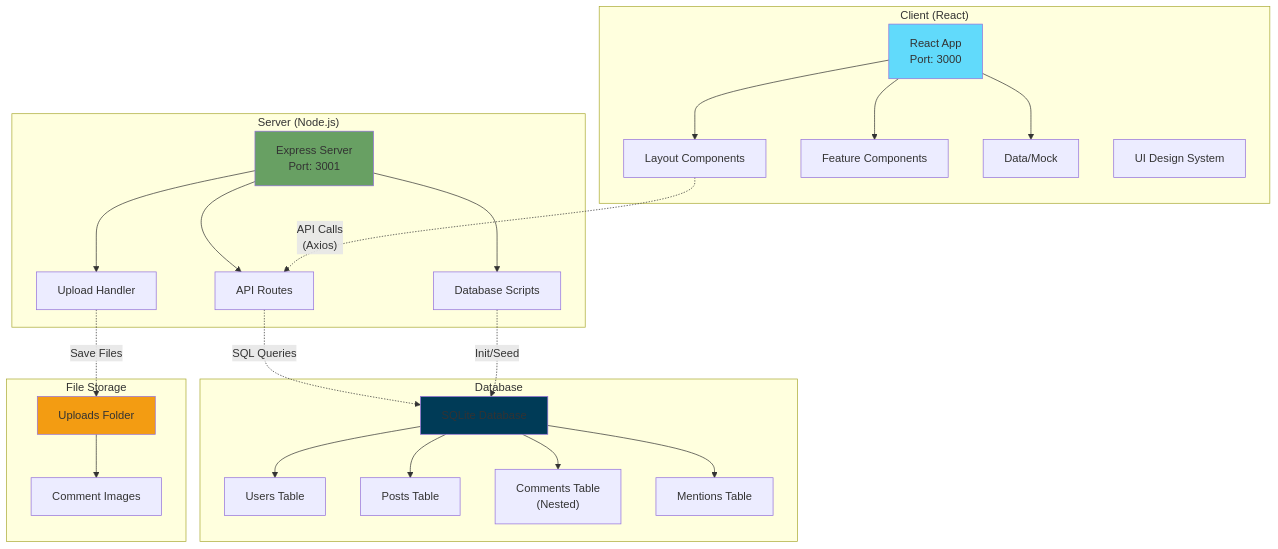
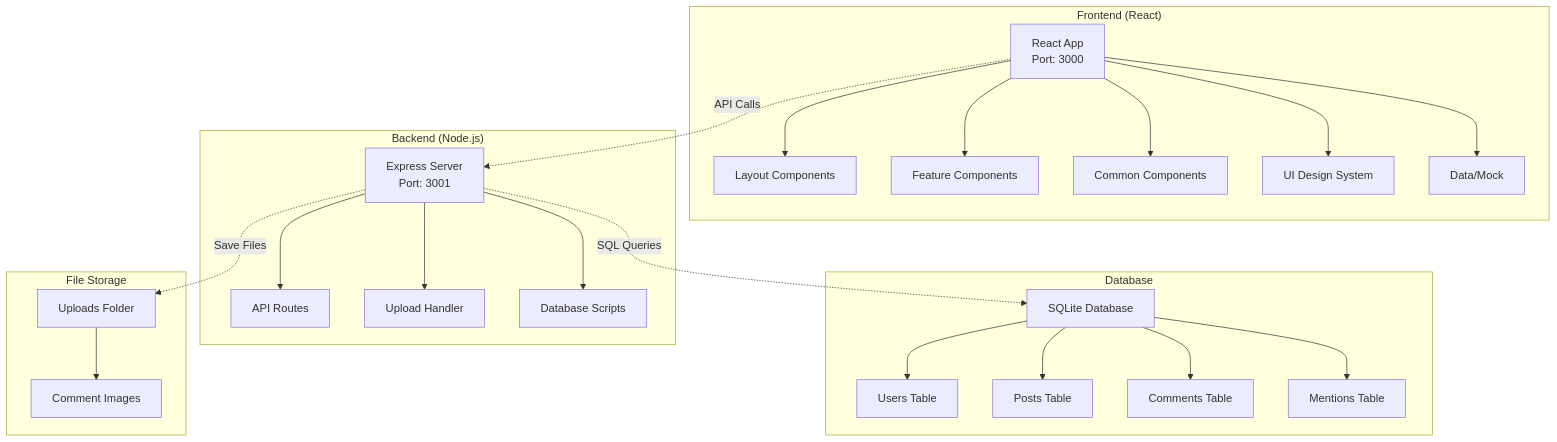
The diagram in README.md (zcamb1/S-Connect), drawn with Mermaid before and after one commit. The commit also changed other lines of this file, not shown here.

Commit message:
Fix README formatting issues - Updated mermaid diagrams and project structure

````diff
--- a/README.md
+++ b/README.md
@@ -272,52 +274,48 @@
 ```mermaid
 graph TB
-    subgraph "Client (React)"
+    subgraph "Frontend (React)"
         A["React App<br/>Port: 3000"]
         A1["Layout Components"]
         A2["Feature Components"]
         A3["Common Components"]
         A4["UI Design System"]
-        A3["Data/Mock"]
+        A5["Data/Mock"]
         A --> A1
         A --> A2
         A --> A3
+        A --> A4
+        A --> A5
     end
     
-    subgraph "Server (Node.js)"
+    subgraph "Backend (Node.js)"
         B["Express Server<br/>Port: 3001"]
         B1["API Routes"]
         B2["Upload Handler"]
         B3["Database Scripts"]
         B --> B1
         B --> B2
         B --> B3
     end
     
     subgraph "Database"
         C["SQLite Database"]
         C1["Users Table"]
         C2["Posts Table"]
-        C3["Comments Table<br/>(Nested)"]
+        C3["Comments Table"]
         C4["Mentions Table"]
         C --> C1
         C --> C2
         C --> C3
         C --> C4
     end
     
     subgraph "File Storage"
         D["Uploads Folder"]
         D1["Comment Images"]
         D --> D1
     end
     
-    A1 -.->|"API Calls<br/>(Axios)"| B1
-    B1 -.->|"SQL Queries"| C
-    B2 -.->|"Save Files"| D
-    B3 -.->|"Init/Seed"| C
-    
-    style A fill:#61dafb
-    style B fill:#68a063
-    style C fill:#003b57
-    style D fill:#f39c12
+    A -.->|"API Calls"| B
+    B -.->|"SQL Queries"| C
+    B -.->|"Save Files"| D
 ```
````
